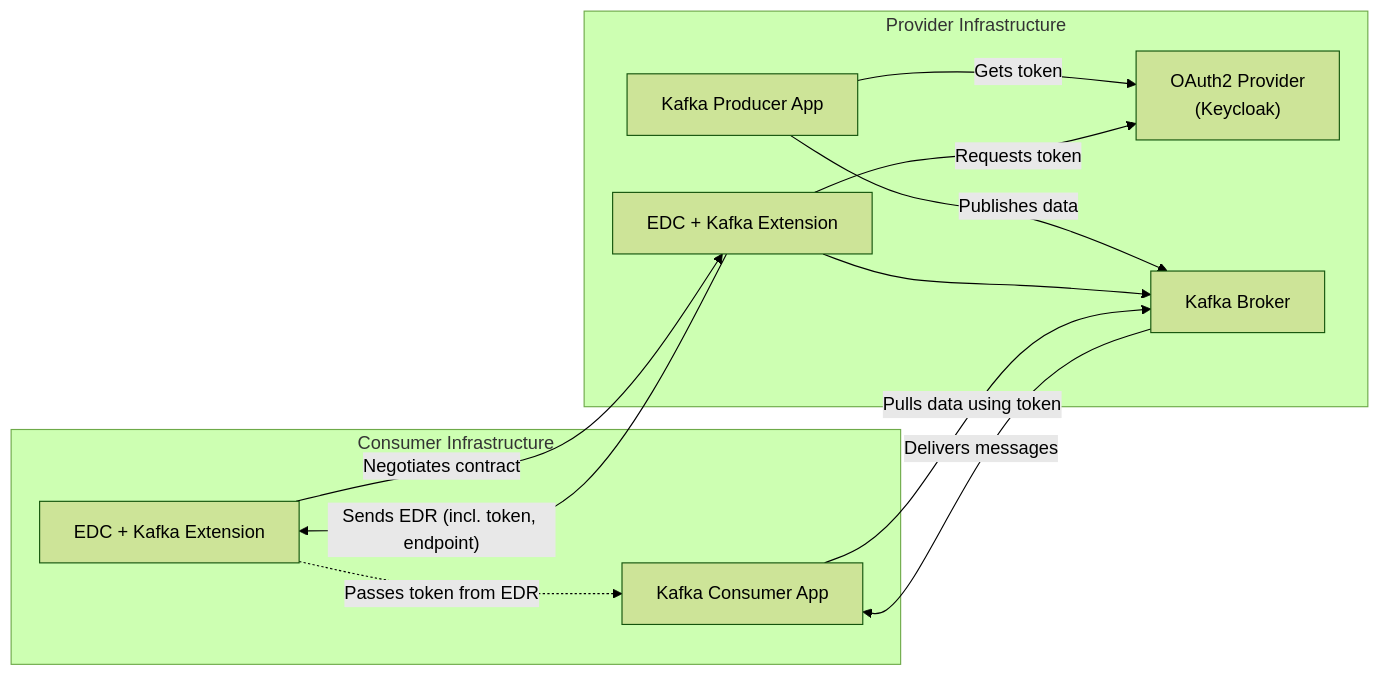
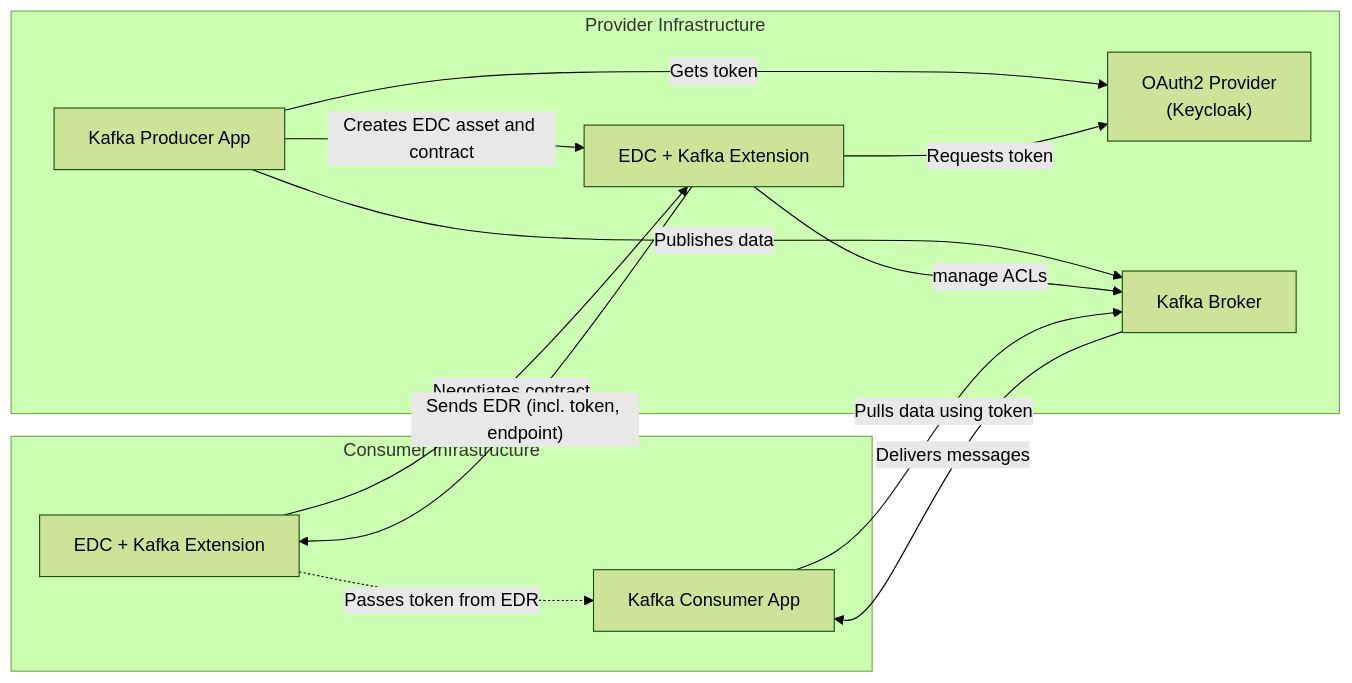
One commit to eclipse-tractusx/tractusx-edc-kafka-extension changed the first of 2 diagrams in docs/architecture/solution-design-kafka-TRL7.md. Above: the diagram before and after it, drawn with Mermaid (forest theme). The commit also changed other lines of this file, not shown here.

Commit message:
docs: refine Kafka solution design with detailed testing strategy, runtime view, and deployment structure

````diff
--- a/docs/architecture/solution-design-kafka-TRL7.md
+++ b/docs/architecture/solution-design-kafka-TRL7.md
@@ -113,26 +112,27 @@
 ```mermaid
 flowchart LR
     subgraph "Consumer Infrastructure"
         Consumer["Kafka Consumer App"]
         EDC_Consumer["EDC + Kafka Extension"]
         
         EDC_Consumer -.-> |"Passes token from EDR"| Consumer
     end
     
     subgraph "Provider Infrastructure"
         Producer["Kafka Producer App"]
         EDC_Provider["EDC + Kafka Extension"]
         Keycloak["OAuth2 Provider<br/>(Keycloak)"]
         Kafka["Kafka Broker"]
         
         Producer --> |"Publishes data"| Kafka
         Producer --> |"Gets token"| Keycloak
-        EDC_Provider --> Kafka
+        Producer --> |"Creates EDC asset and contract"| EDC_Provider
+        EDC_Provider --> |"manage ACLs"| Kafka
         EDC_Provider --> |"Requests token"| Keycloak
     end
     
     EDC_Consumer --> |"Negotiates contract"| EDC_Provider
     EDC_Provider --> |"Sends EDR (incl. token, endpoint)"| EDC_Consumer
     Consumer --> |"Pulls data using token"| Kafka
     Kafka --> |"Delivers messages"| Consumer
 ```
````
